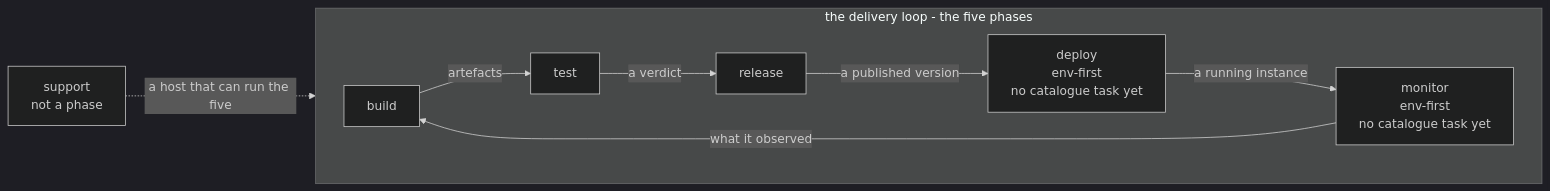
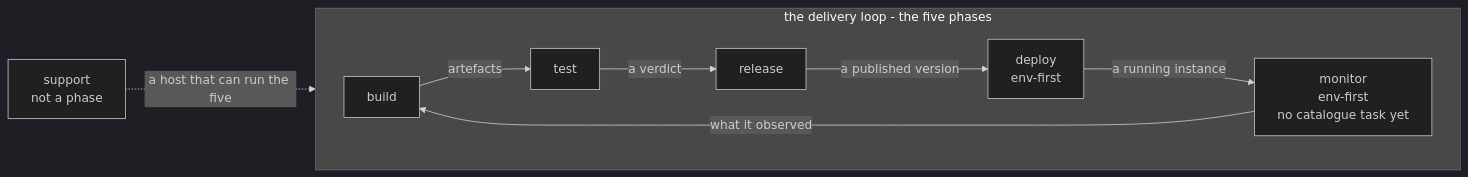
One commit to marcozwyssig/simplon changed the diagram in docs/site/content/with-what/phases.md. Above: the diagram before and after it, drawn with Mermaid (dark theme). The commit also changed other lines of this file and 23 other files, not shown here.

````diff
--- a/docs/site/content/with-what/phases.md
+++ b/docs/site/content/with-what/phases.md
@@ -55,19 +55,19 @@
 ```mermaid
 flowchart LR
   subgraph loop["the delivery loop - the five phases"]
     direction LR
     build["build"]
     test["test"]
     release["release"]
-    deploy["deploy<br/>env-first<br/>no catalogue task yet"]
+    deploy["deploy<br/>env-first"]
     monitor["monitor<br/>env-first<br/>no catalogue task yet"]
 
     build -- "artefacts" --> test
     test -- "a verdict" --> release
     release -- "a published version" --> deploy
     deploy -- "a running instance" --> monitor
     monitor -- "what it observed" --> build
   end
 
   support["support<br/>not a phase"] -. "a host that can run the five" .-> loop
 ```
````
